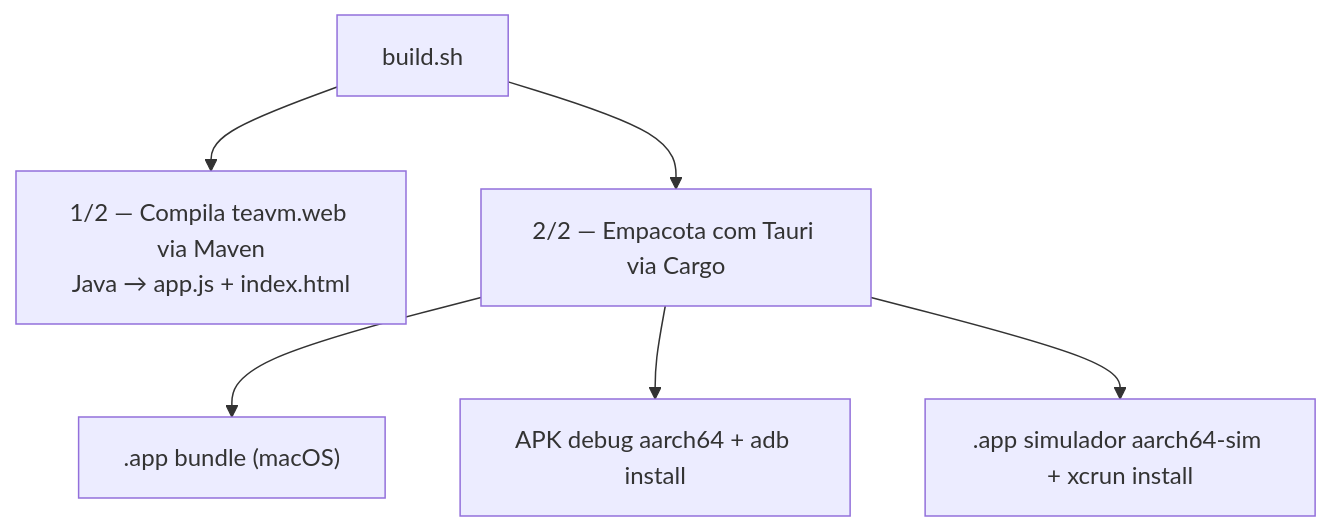
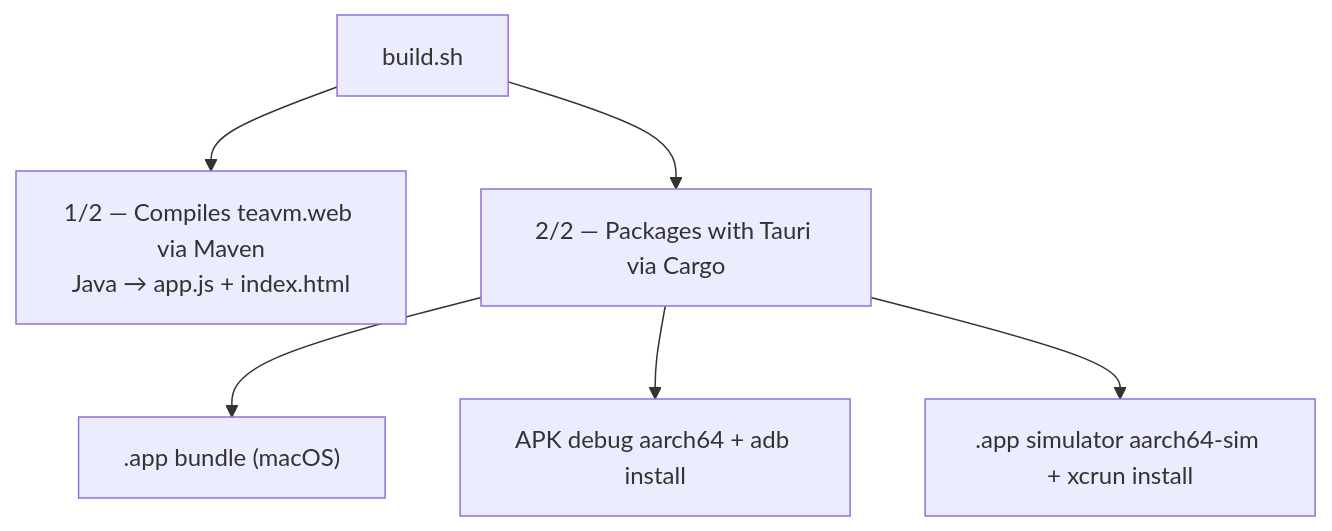
Before and after one commit to mrcdom/wdc-cube-java-v2: the third of 3 diagrams in fontes/br.com.wdc.shopping/br.com.wdc.shopping.view.teavm/teavm.native/README.md, drawn with Mermaid. The commit also changed other lines of this file and 69 other files, not shown here.

````diff
--- a/fontes/br.com.wdc.shopping/br.com.wdc.shopping.view.teavm/teavm.native/README.md
+++ b/fontes/br.com.wdc.shopping/br.com.wdc.shopping.view.teavm/teavm.native/README.md
@@ -98,15 +98,15 @@
 ```mermaid
 graph TD
     buildSh["build.sh"]
-    step1["1/2 — Compila teavm.web via Maven<br/>Java → app.js + index.html"]
-    step2["2/2 — Empacota com Tauri via Cargo"]
+    step1["1/2 — Compiles teavm.web via Maven<br/>Java → app.js + index.html"]
+    step2["2/2 — Packages with Tauri via Cargo"]
     desktop[".app bundle (macOS)"]
     android["APK debug aarch64 + adb install"]
-    ios[".app simulador aarch64-sim + xcrun install"]
+    ios[".app simulator aarch64-sim + xcrun install"]
 
     buildSh --> step1
     buildSh --> step2
     step2 --> desktop
     step2 --> android
     step2 --> ios
 ```
````
